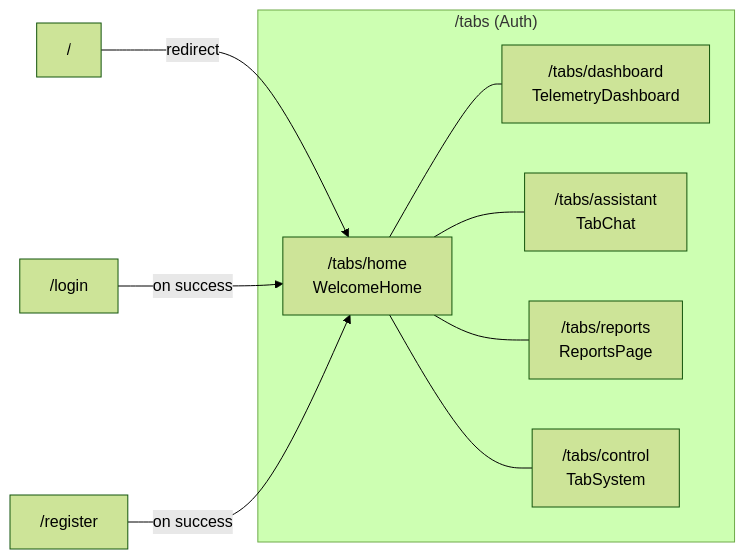
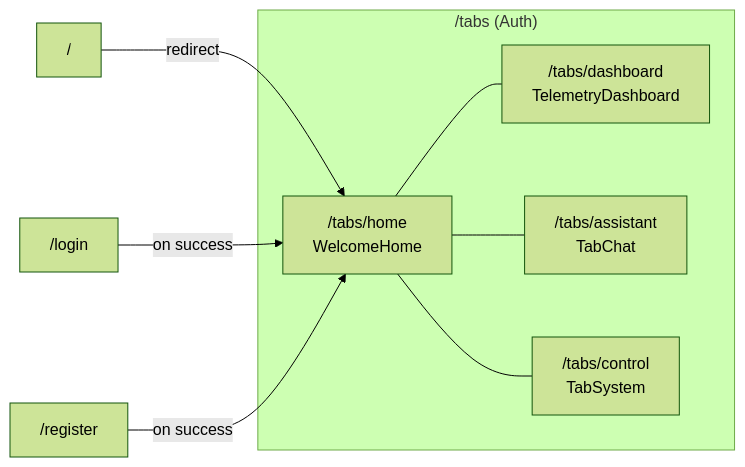
One commit to LNieto-V/agronexus-ui changed the second of 5 diagrams in README.md. Above: the diagram before and after it, drawn with Mermaid (forest theme). The commit also changed other lines of this file and 11 other files, not shown here.

````diff
--- a/README.md
+++ b/README.md
@@ -65,16 +65,15 @@
 ```mermaid
 graph LR
     Root["/"] -->|redirect| Home
     Login["/login"] -->|on success| Home
     Register["/register"] -->|on success| Home
 
     subgraph Authenticated["/tabs (Auth)"]
         Home["/tabs/home<br/>WelcomeHome"]
         Dashboard["/tabs/dashboard<br/>TelemetryDashboard"]
         Chat["/tabs/assistant<br/>TabChat"]
-        Reports["/tabs/reports<br/>ReportsPage"]
         System["/tabs/control<br/>TabSystem"]
     end
 
-    Home --- Dashboard & Chat & Reports & System
+    Home --- Dashboard & Chat & System
 ```
````
